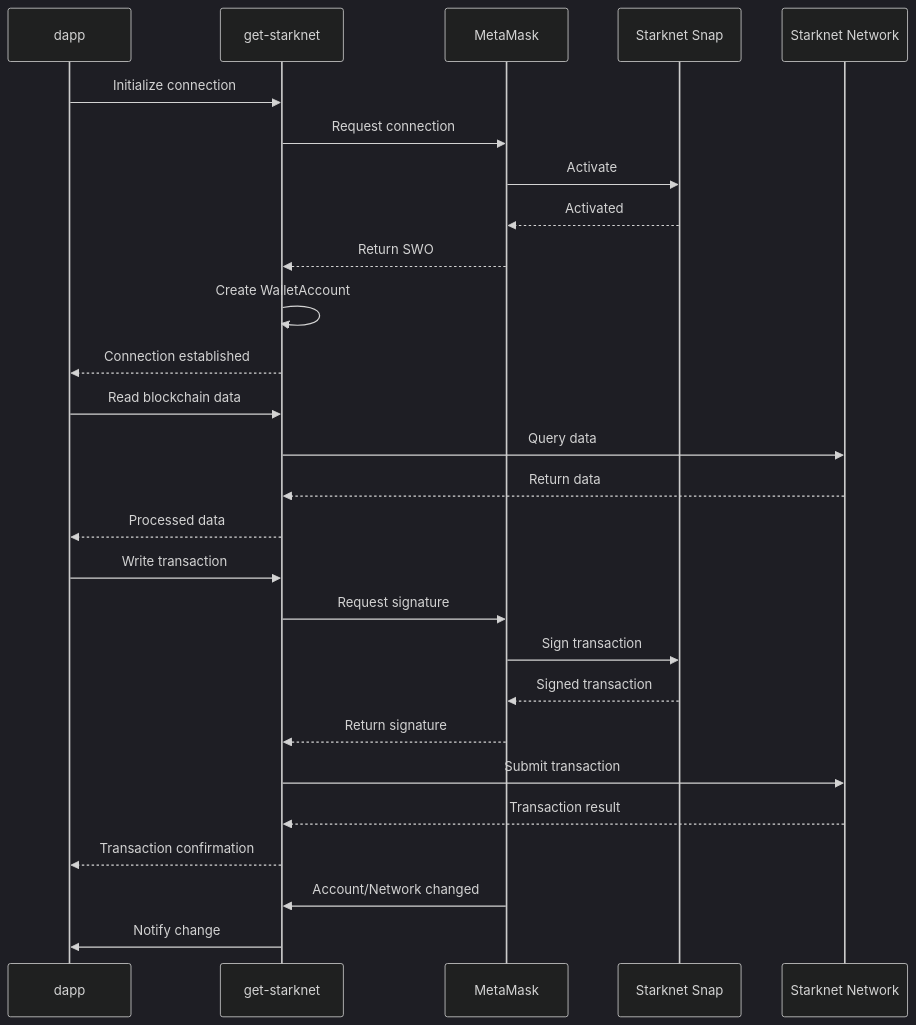
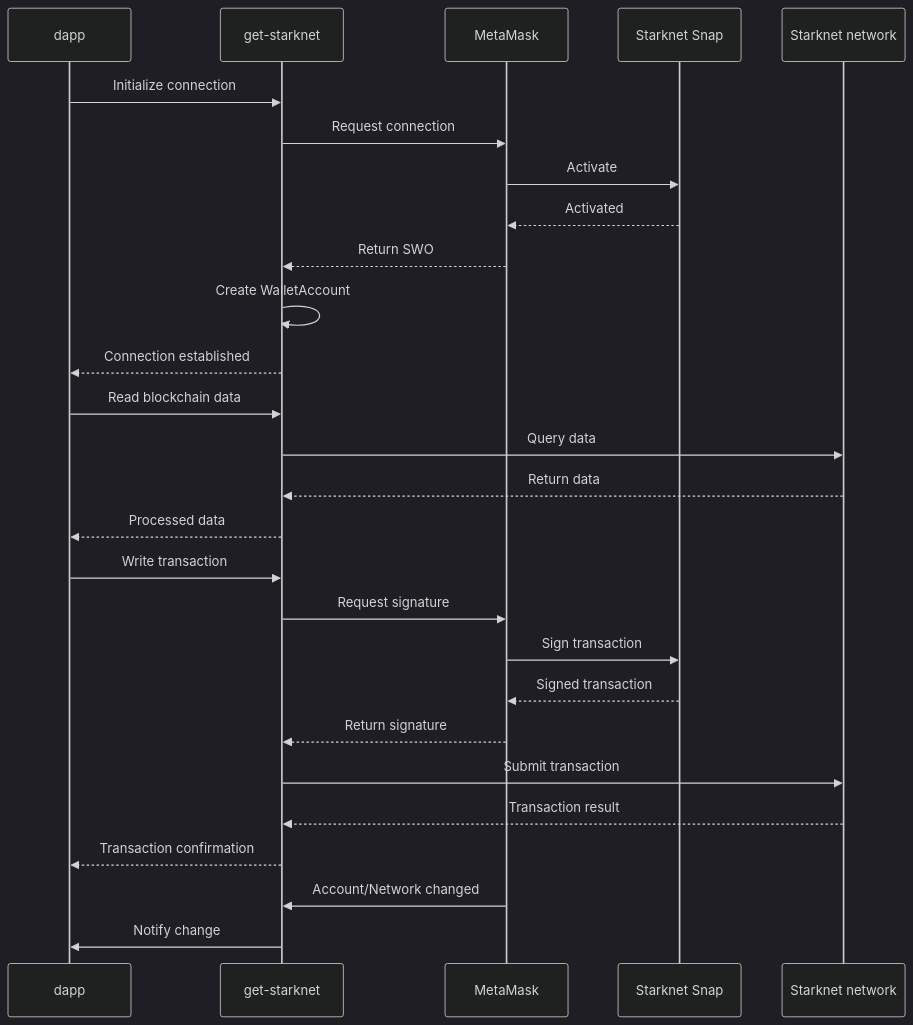
The diagram in wallet/how-to/use-non-evm-networks/starknet/index.md (MetaMask/metamask-docs), drawn with Mermaid (dark theme) before and after one commit. The commit also changed other lines of this file and 7 other files, not shown here.

````diff
--- a/wallet/how-to/use-non-evm-networks/starknet/index.md
+++ b/wallet/how-to/use-non-evm-networks/starknet/index.md
@@ -56,33 +56,33 @@
 ```mermaid
 sequenceDiagram
     participant dapp as dapp
     participant get as get-starknet
     participant mm as MetaMask
     participant Snap as Starknet Snap
-    participant network as Starknet Network
+    participant network as Starknet network
     
     dapp->>get: Initialize connection
     get->>mm: Request connection
     mm->>Snap: Activate
     Snap-->>mm: Activated
     mm-->>get: Return SWO
     get->>get: Create WalletAccount
     get-->>dapp: Connection established
     
     dapp->>get: Read blockchain data
     get->>network: Query data
     network-->>get: Return data
     get-->>dapp: Processed data
     
     dapp->>get: Write transaction
     get->>mm: Request signature
     mm->>Snap: Sign transaction
     Snap-->>mm: Signed transaction
     mm-->>get: Return signature
     get->>network: Submit transaction
     network-->>get: Transaction result
     get-->>dapp: Transaction confirmation
     
     mm->>get: Account/Network changed
     get->>dapp: Notify change
 ```
````
